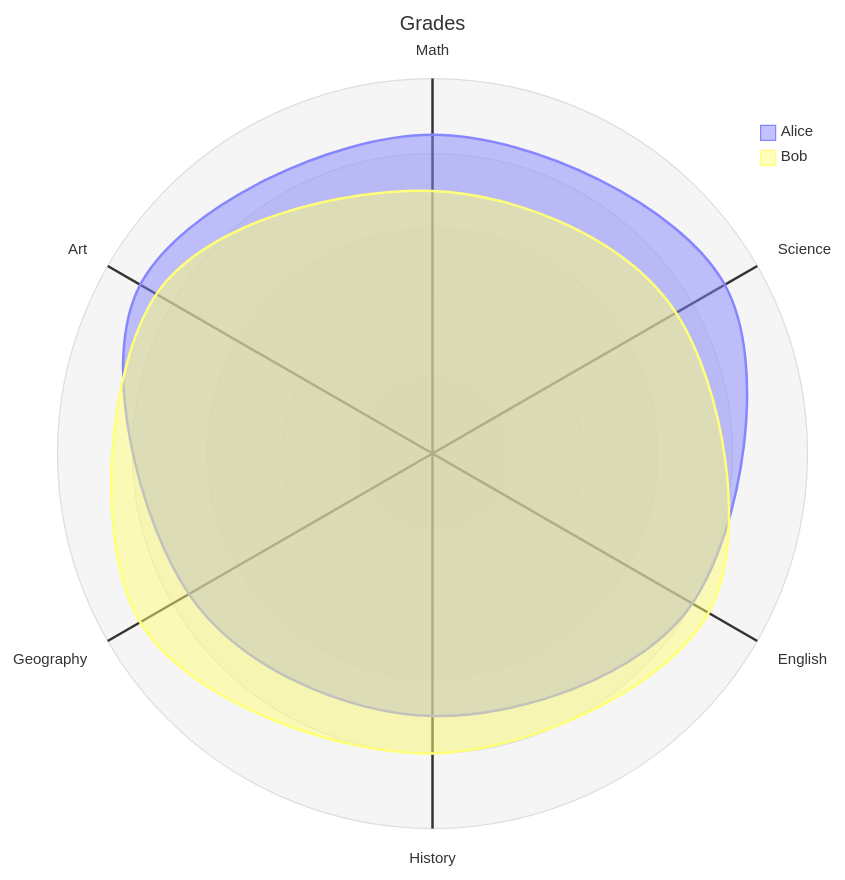
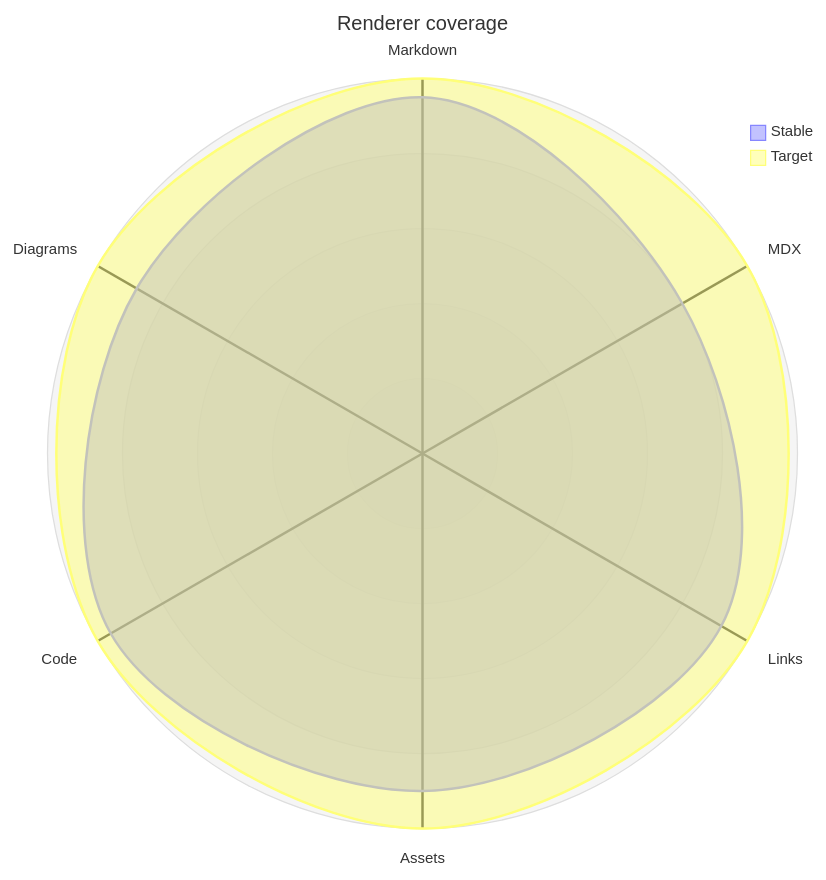
The fourth of 6 diagrams in examples/content/features/mermaid.md (fopwoc/GraphiteDraft), drawn with Mermaid before and after one commit. The commit also changed other lines of this file and 45 other files, not shown here.

````diff
--- a/examples/content/features/mermaid.md
+++ b/examples/content/features/mermaid.md
@@ -57,14 +43,14 @@
 ```mermaid
 ---
-title: "Grades"
+title: "Renderer coverage"
 ---
 radar-beta
-  axis m["Math"], s["Science"], e["English"]
-  axis h["History"], g["Geography"], a["Art"]
-  curve a["Alice"]{85, 90, 80, 70, 75, 90}
-  curve b["Bob"]{70, 75, 85, 80, 90, 85}
+  axis m["Markdown"], x["MDX"], l["Links"]
+  axis a["Assets"], c["Code"], d["Diagrams"]
+  curve stable["Stable"]{95, 80, 92, 90, 96, 88}
+  curve target["Target"]{100, 100, 100, 100, 100, 100}
 
   max 100
   min 0
 
 ```
````
